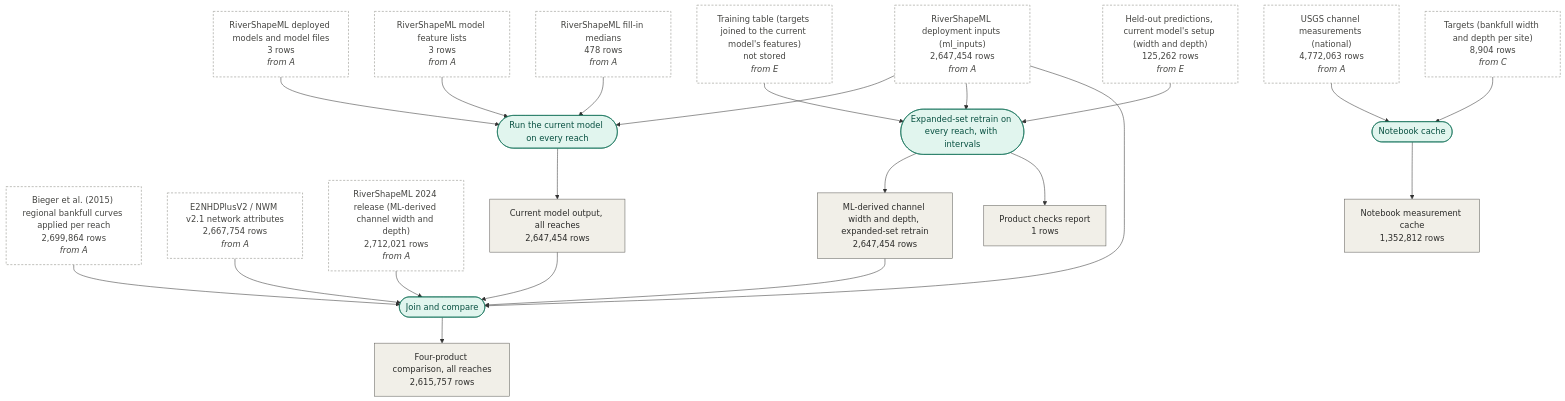
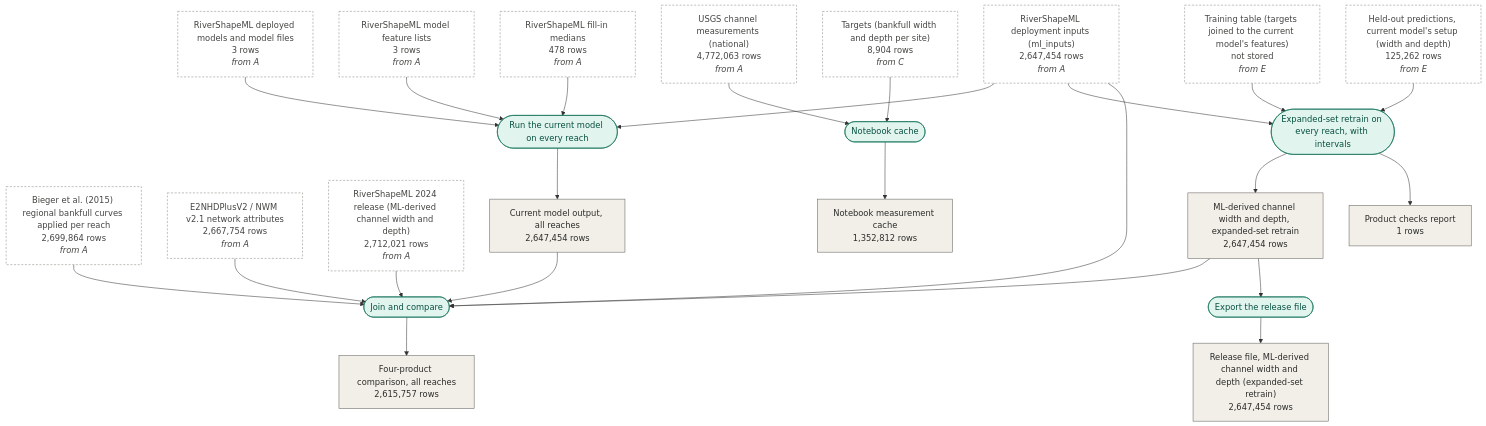
Before and after one commit to drmerlot/rivershapeml-more-data: the seventh of 7 diagrams in docs/data_lineage.md, drawn with Mermaid. The commit also changed other lines of this file and 11 other files, not shown here.

Commit message:
Release file export; link the v1.0 data release from README and memos

````diff
--- a/docs/data_lineage.md
+++ b/docs/data_lineage.md
@@ -804,46 +804,50 @@
 ```mermaid
 flowchart TD
   bieger_curves["Bieger et al. (2015) regional bankfull curves applied per reach<br/>2,699,864 rows<br/><i>from A</i>"]:::external
   e2nhdplus["E2NHDPlusV2 / NWM v2.1 network attributes<br/>2,667,754 rows<br/><i>from A</i>"]:::external
   hydroshare_2024["RiverShapeML 2024 release (ML-derived channel width and depth)<br/>2,712,021 rows<br/><i>from A</i>"]:::external
   measurement_cache["Notebook measurement cache<br/>1,352,812 rows"]:::table
   ml_inputs["RiverShapeML deployment inputs (ml_inputs)<br/>2,647,454 rows<br/><i>from A</i>"]:::external
   product_checks["Product checks report<br/>1 rows"]:::table
   product_compare["Four-product comparison, all reaches<br/>2,615,757 rows"]:::table
   product_current["Current model output, all reaches<br/>2,647,454 rows"]:::table
   product_expanded["ML-derived channel width and depth, expanded-set retrain<br/>2,647,454 rows"]:::table
+  product_release["Release file, ML-derived channel width and depth (expanded-set retrain)<br/>2,647,454 rows"]:::table
   riverml_feature_lists["RiverShapeML model feature lists<br/>3 rows<br/><i>from A</i>"]:::external
   riverml_fill_medians["RiverShapeML fill-in medians<br/>478 rows<br/><i>from A</i>"]:::external
   riverml_models["RiverShapeML deployed models and model files<br/>3 rows<br/><i>from A</i>"]:::external
   riverml_runs["Held-out predictions, current model's setup (width and depth)<br/>125,262 rows<br/><i>from E</i>"]:::external
   targets["Targets (bankfull width and depth per site)<br/>8,904 rows<br/><i>from C</i>"]:::external
   training_table["Training table (targets joined to the current model's features)<br/>not stored<br/><i>from E</i>"]:::external
   usgs_channel_measurements["USGS channel measurements (national)<br/>4,772,063 rows<br/><i>from A</i>"]:::external
   op_run_current_model(["Run the current model on every reach"]):::op
   ml_inputs --> op_run_current_model
   riverml_models --> op_run_current_model
   riverml_feature_lists --> op_run_current_model
   riverml_fill_medians --> op_run_current_model
   op_run_current_model --> product_current
   op_predict_with_intervals(["Expanded-set retrain on every reach, with intervals"]):::op
   training_table --> op_predict_with_intervals
   ml_inputs --> op_predict_with_intervals
   riverml_runs --> op_predict_with_intervals
   op_predict_with_intervals --> product_expanded
   op_predict_with_intervals --> product_checks
   op_compare_products(["Join and compare"]):::op
   product_expanded --> op_compare_products
   product_current --> op_compare_products
   hydroshare_2024 --> op_compare_products
   bieger_curves --> op_compare_products
   e2nhdplus --> op_compare_products
   ml_inputs --> op_compare_products
   op_compare_products --> product_compare
+  op_export_release(["Export the release file"]):::op
+  product_expanded --> op_export_release
+  op_export_release --> product_release
   op_notebook_cache(["Notebook cache"]):::op
   usgs_channel_measurements --> op_notebook_cache
   targets --> op_notebook_cache
   op_notebook_cache --> measurement_cache
   classDef table fill:#F1EFE8,stroke:#5F5E5A,color:#2C2C2A
   classDef external fill:#ffffff,stroke:#888780,stroke-dasharray:4 3,color:#444441
   classDef op fill:#E1F5EE,stroke:#0F6E56,color:#085041
 ```
````
